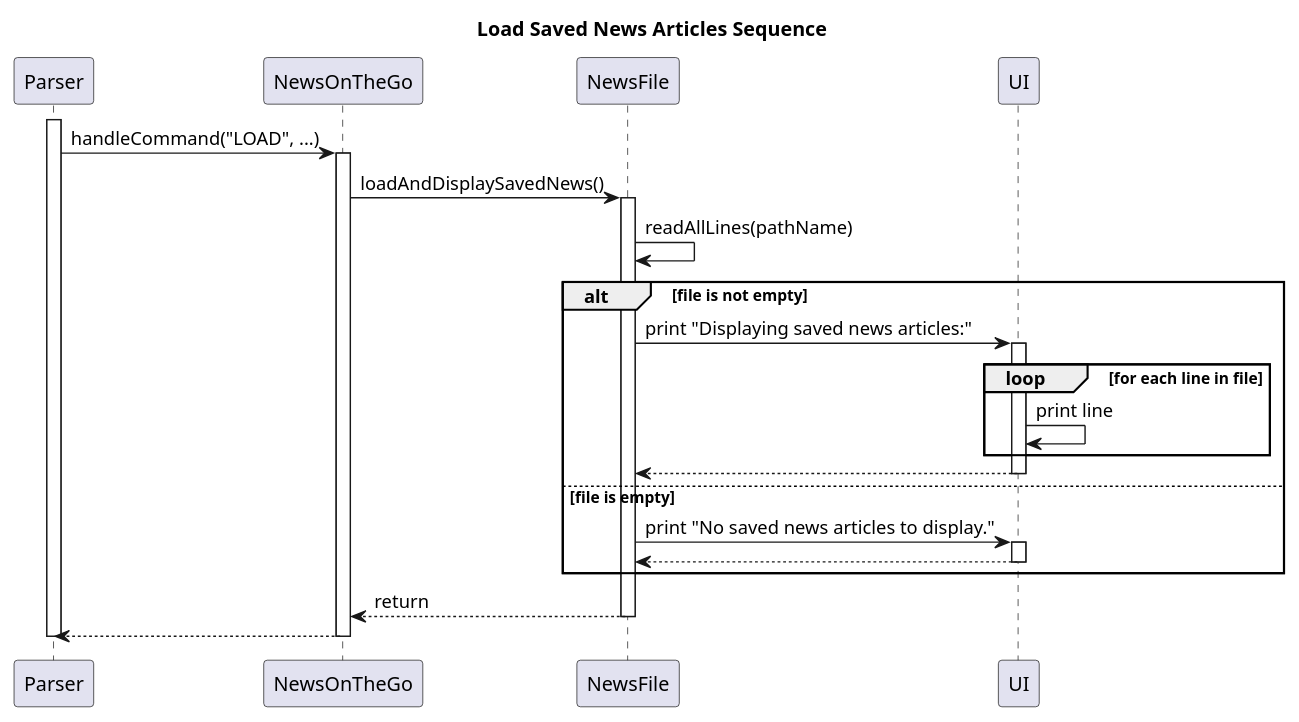
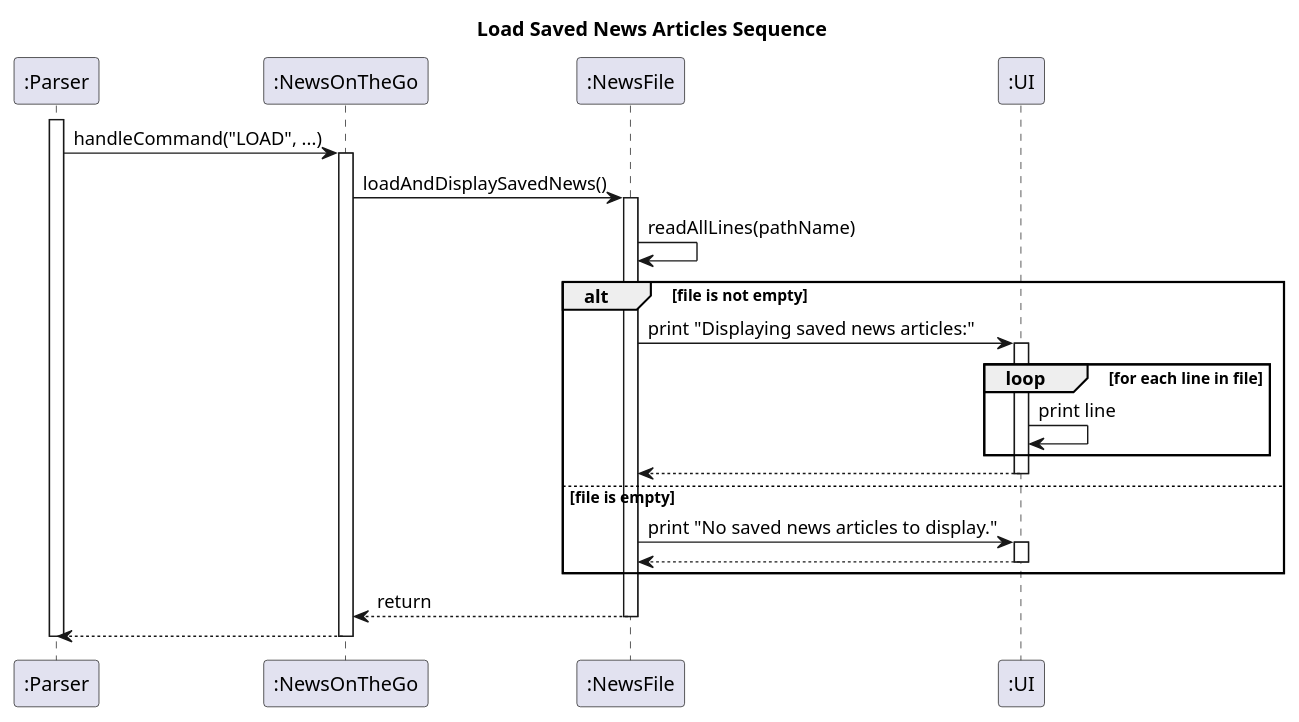
Before and after one commit to AhmedShaiyan/tp: the diagram in docs/UML_Diagrams/loadFunctionSequence.puml, drawn with PlantUML. The commit also changed 24 other files, not shown here.

```diff
--- a/docs/UML_Diagrams/loadFunctionSequence.puml
+++ b/docs/UML_Diagrams/loadFunctionSequence.puml
@@ -1,43 +1,43 @@
 @startuml
 'https://plantuml.com/sequence-diagram
 
 title Load Saved News Articles Sequence
 
-participant "Parser" as Parser
-participant "NewsOnTheGo" as NOG
-participant "NewsFile" as NF
-participant "UI" as UI
+participant ":Parser" as Parser
+participant ":NewsOnTheGo" as NOG
+participant ":NewsFile" as NF
+participant ":UI" as UI
 
 activate Parser
 
 Parser -> NOG : handleCommand("LOAD", ...)
 activate NOG
 
 NOG -> NF : loadAndDisplaySavedNews()
 activate NF
 
 NF -> NF : readAllLines(pathName)
 alt file is not empty
     NF -> UI : print "Displaying saved news articles:"
     activate UI
     loop for each line in file
         UI -> UI : print line
     end
     UI --> NF
     deactivate UI
 else file is empty
     NF -> UI : print "No saved news articles to display."
     activate UI
     UI --> NF
     deactivate UI
 end
 
 NF --> NOG : return
 deactivate NF
 
 NOG --> Parser
 deactivate NOG
 
 deactivate Parser
 
 @enduml
```
